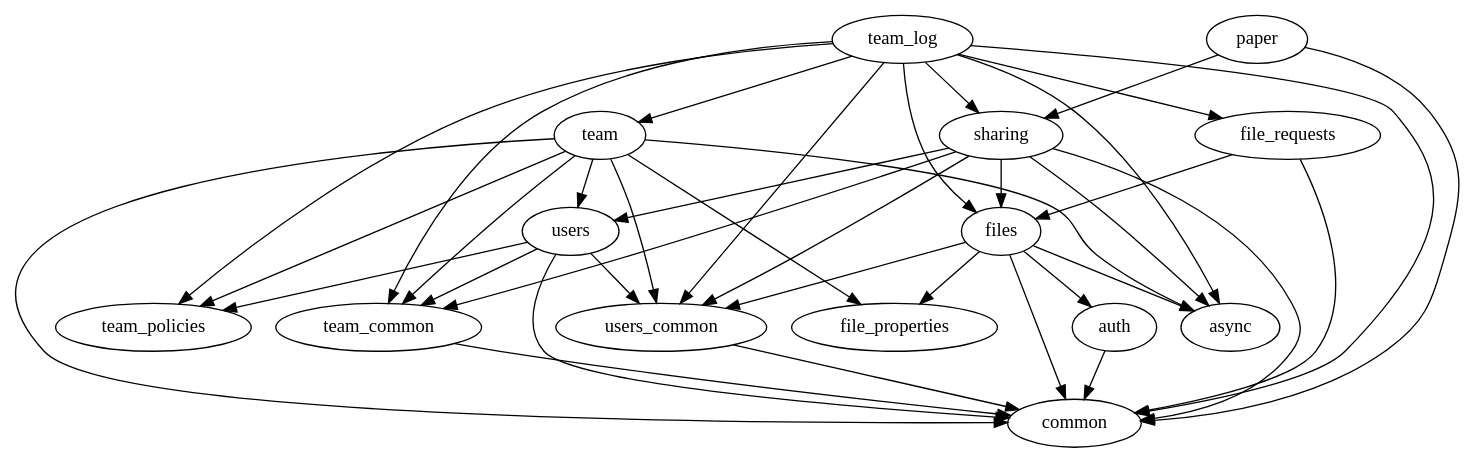
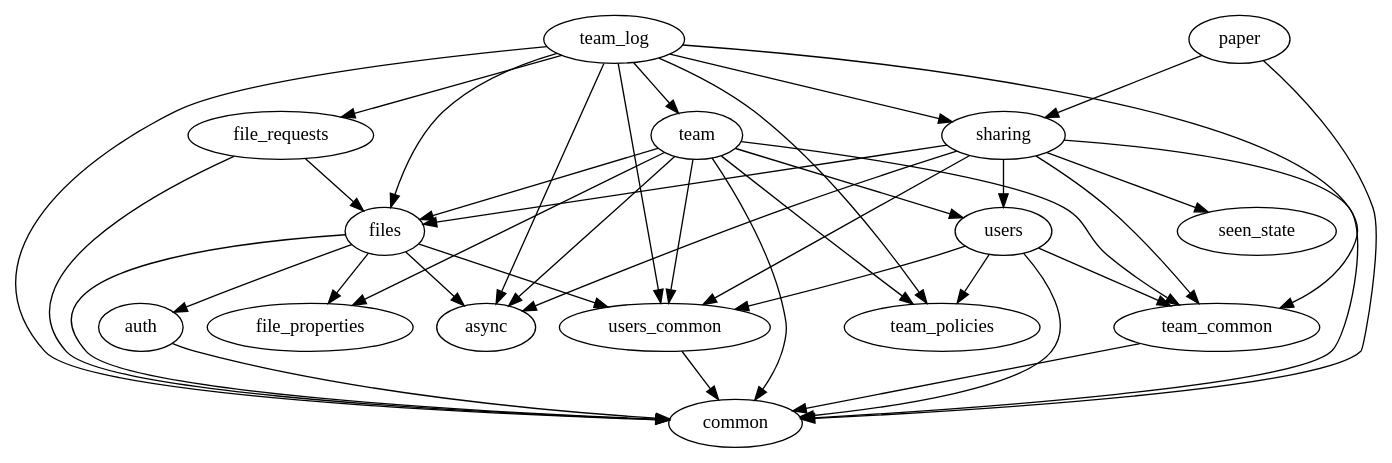
One commit to dropbox/dropbox-sdk-rust changed the diagram in namespaces.dot. Above: the diagram before and after it, drawn with Graphviz. The commit also changed 9 other files, not shown here.

```diff
--- a/namespaces.dot
+++ b/namespaces.dot
@@ -1,16 +1,17 @@
 digraph deps {
     files -> { users_common async common auth file_properties };
-    sharing -> { files users team_common common users_common async };
+    sharing -> { files seen_state team_common common users_common async users };
     users -> { users_common team_common common team_policies };
     file_properties;
     file_requests -> { files common };
     team_policies;
     auth -> { common };
     team_log -> { files sharing file_requests team_policies team_common common team users_common async };
     team_common -> { common };
     paper -> { sharing common };
     common;
-    team -> { users file_properties team_policies team_common common users_common async };
+    team -> { files users file_properties team_policies team_common common users_common async };
     users_common -> { common };
     async;
+    seen_state;
 }
```
